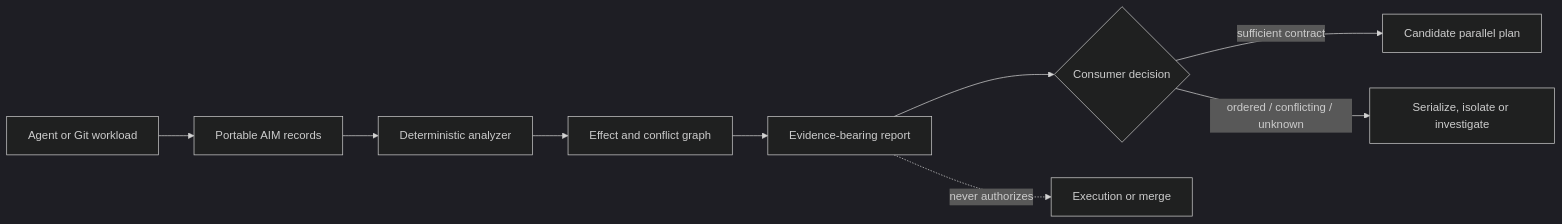
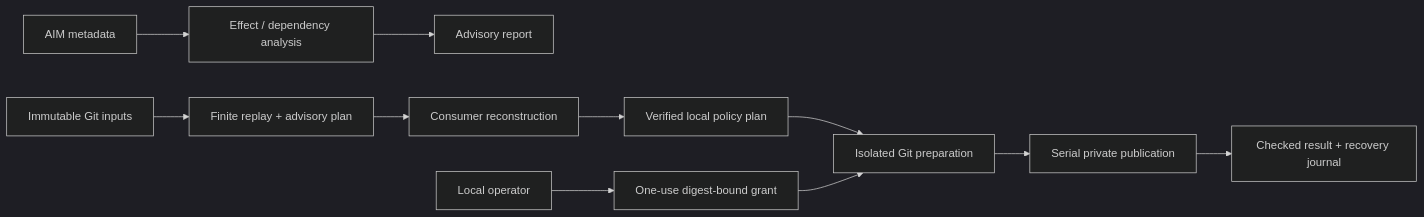
Before and after one commit to jayanez/agent-braid: the diagram in README.md, drawn with Mermaid (dark theme). The commit also changed other lines of this file and 31 other files, not shown here.

````diff
--- a/README.md
+++ b/README.md
@@ -137,11 +94,13 @@
 ```mermaid
 flowchart LR
-    W["Agent or Git workload"] --> M["Portable AIM records"]
-    M --> A["Deterministic analyzer"]
-    A --> G["Effect and conflict graph"]
-    G --> R["Evidence-bearing report"]
-    R --> H{"Consumer decision"}
-    H -->|"sufficient contract"| P["Candidate parallel plan"]
-    H -->|"ordered / conflicting / unknown"| S["Serialize, isolate or investigate"]
-    R -. "never authorizes" .-> X["Execution or merge"]
+    A["AIM metadata"] --> B["Effect / dependency analysis"]
+    B --> C["Advisory report"]
+    G["Immutable Git inputs"] --> R["Finite replay + advisory plan"]
+    R --> V["Consumer reconstruction"]
+    V --> P["Verified local policy plan"]
+    O["Local operator"] --> K["One-use digest-bound grant"]
+    P --> W["Isolated Git preparation"]
+    K --> W
+    W --> S["Serial private publication"]
+    S --> E["Checked result + recovery journal"]
 ```
````
